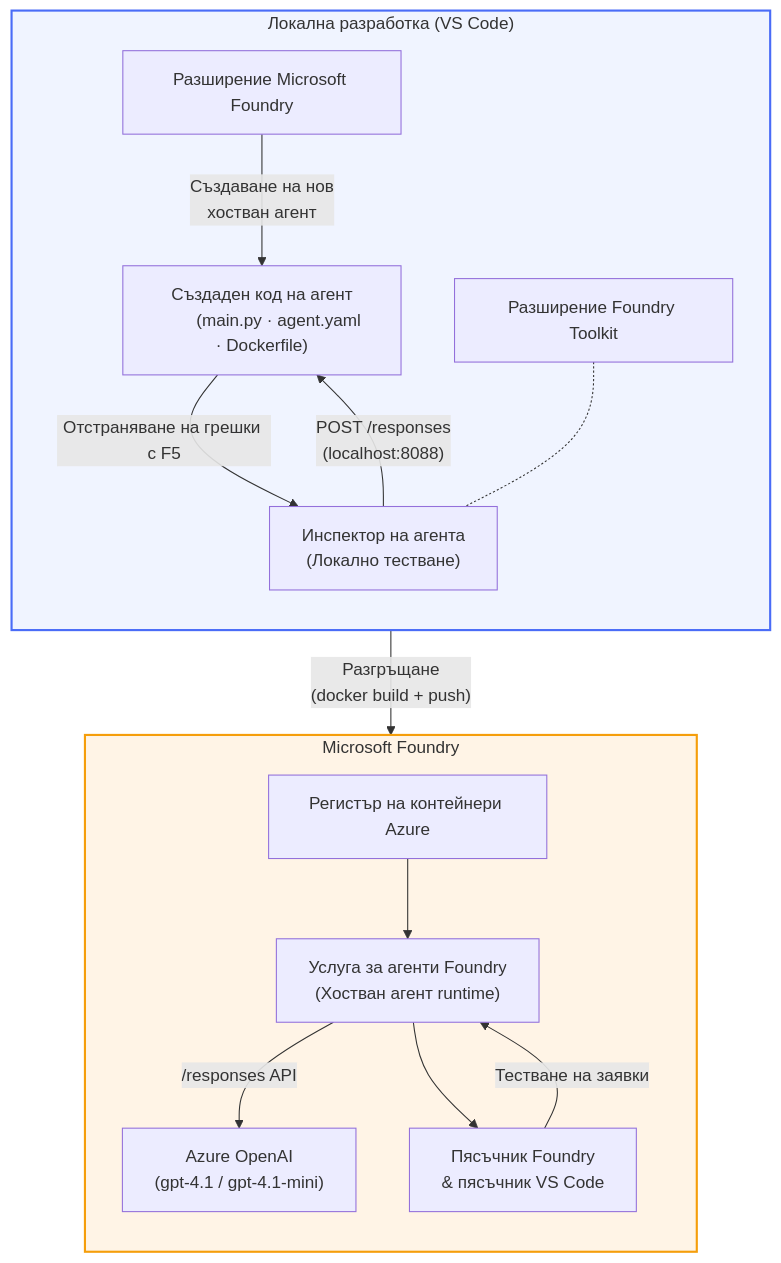
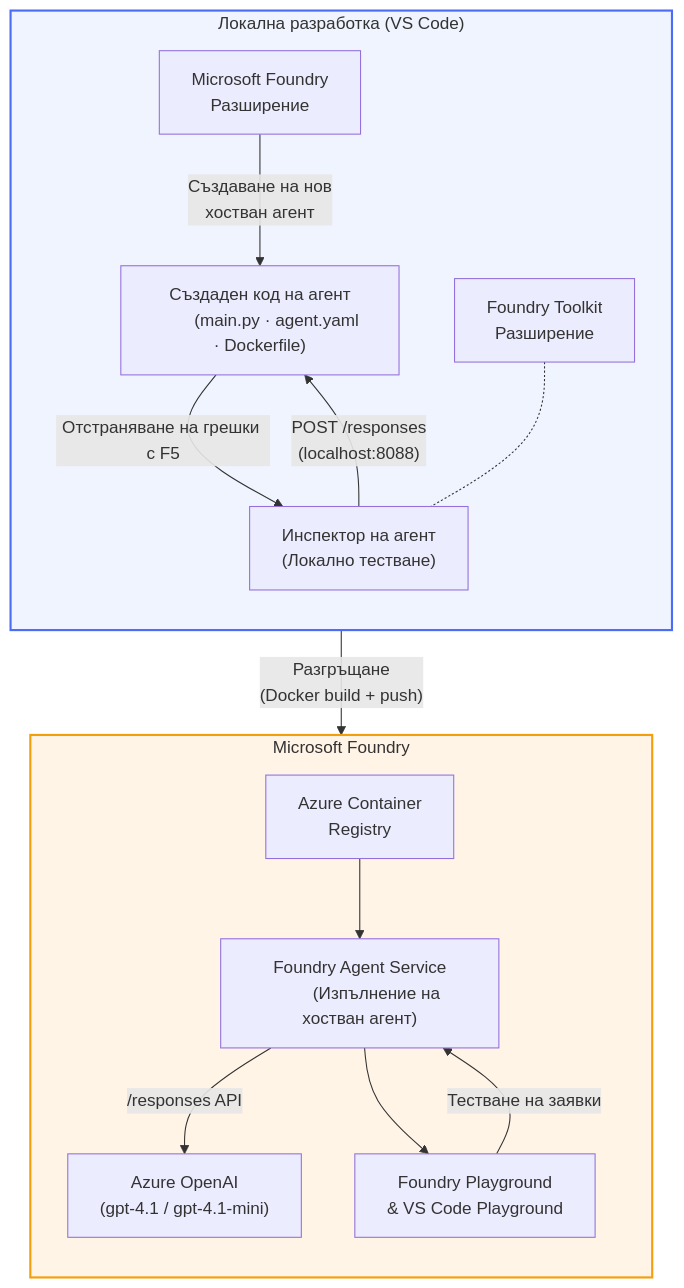
One commit to microsoft-foundry/Foundry_Toolkit_for_VSCode_Lab changed the diagram in translations/bg/README.md. Above: the diagram before and after it, drawn with Mermaid. The commit also changed other lines of this file and 110 other files, not shown here.

````diff
--- a/translations/bg/README.md
+++ b/translations/bg/README.md
@@ -48,39 +52,42 @@
 ```mermaid
 flowchart TB
     subgraph Local["Локална разработка (VS Code)"]
         direction TB
-        FE["Разширение Microsoft Foundry"]
-        FoundryToolkit["Разширение Foundry Toolkit"]
+        FE["Microsoft Foundry
+        Разширение"]
+        FoundryToolkit["Foundry Toolkit
+        Разширение"]
         Scaffold["Създаден код на агент
         (main.py · agent.yaml · Dockerfile)"]
-        Inspector["Инспектор на агента
+        Inspector["Инспектор на агент
         (Локално тестване)"]
         FE -- "Създаване на нов
         хостван агент" --> Scaffold
         Scaffold -- "Отстраняване на грешки с F5" --> Inspector
         FoundryToolkit -.- Inspector
     end
 
     subgraph Cloud["Microsoft Foundry"]
         direction TB
-        ACR["Регистър на контейнери Azure"]
-        AgentService["Услуга за агенти Foundry
-        (Хостван агент runtime)"]
+        ACR["Azure Container
+        Registry"]
+        AgentService["Foundry Agent Service
+        (Изпълнение на хостван агент)"]
         Model["Azure OpenAI
         (gpt-4.1 / gpt-4.1-mini)"]
-        Playground["Пясъчник Foundry
-        & пясъчник VS Code"]
+        Playground["Foundry Playground
+        & VS Code Playground"]
         ACR --> AgentService
         AgentService -- "/responses API" --> Model
         AgentService --> Playground
     end
 
     Scaffold -- "Разгръщане
-    (docker build + push)" --> ACR
+    (Docker build + push)" --> ACR
     Inspector -- "POST /responses
     (localhost:8088)" --> Scaffold
     Playground -- "Тестване на заявки" --> AgentService
 
     style Local fill:#f0f4ff,stroke:#4a6cf7,stroke-width:2px
     style Cloud fill:#fff4e6,stroke:#f59e0b,stroke-width:2px
 ```
````
